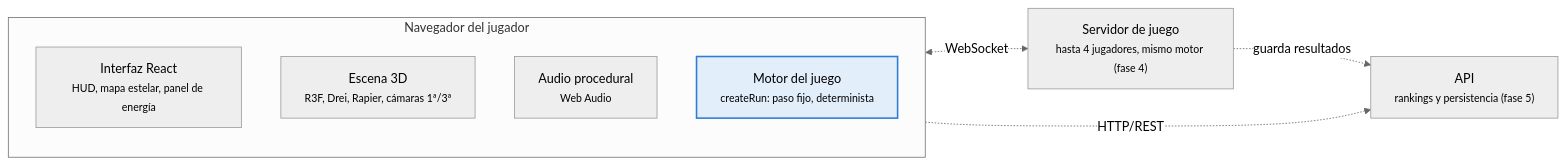
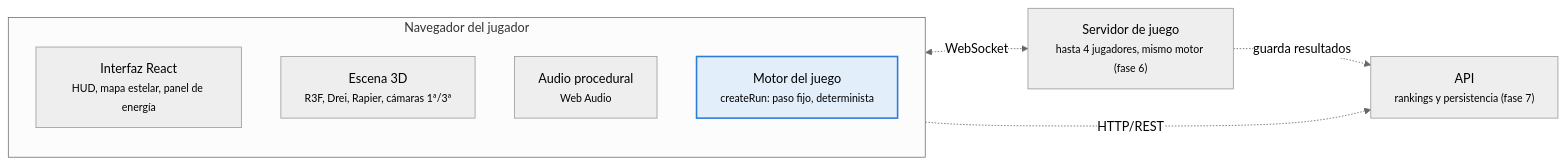
The diagram in docs/ARCHITECTURE.md (katsevi/payload), drawn with Mermaid (neutral theme) before and after one commit. The commit also changed other lines of this file and 83 other files, not shown here.

````diff
--- a/docs/ARCHITECTURE.md
+++ b/docs/ARCHITECTURE.md
@@ -12,15 +12,15 @@
 ```mermaid
 flowchart LR
     subgraph NAV["Navegador del jugador"]
         UI["Interfaz React<br/><small>HUD, mapa estelar, panel de energía</small>"]
         ESC["Escena 3D<br/><small>R3F, Drei, Rapier, cámaras 1ª/3ª</small>"]
         AUD["Audio procedural<br/><small>Web Audio</small>"]
         SIM1["Motor del juego<br/><small>createRun: paso fijo, determinista</small>"]
     end
-    GS["Servidor de juego<br/><small>hasta 4 jugadores, mismo motor (fase 4)</small>"]
-    API["API<br/><small>rankings y persistencia (fase 5)</small>"]
+    GS["Servidor de juego<br/><small>hasta 4 jugadores, mismo motor (fase 6)</small>"]
+    API["API<br/><small>rankings y persistencia (fase 7)</small>"]
     NAV <-. WebSocket .-> GS
     NAV -. "HTTP/REST" .-> API
     GS -. "guarda resultados" .-> API
     style SIM1 fill:#e3eefb,stroke:#2f7bd8,stroke-width:2px
 ```
````
